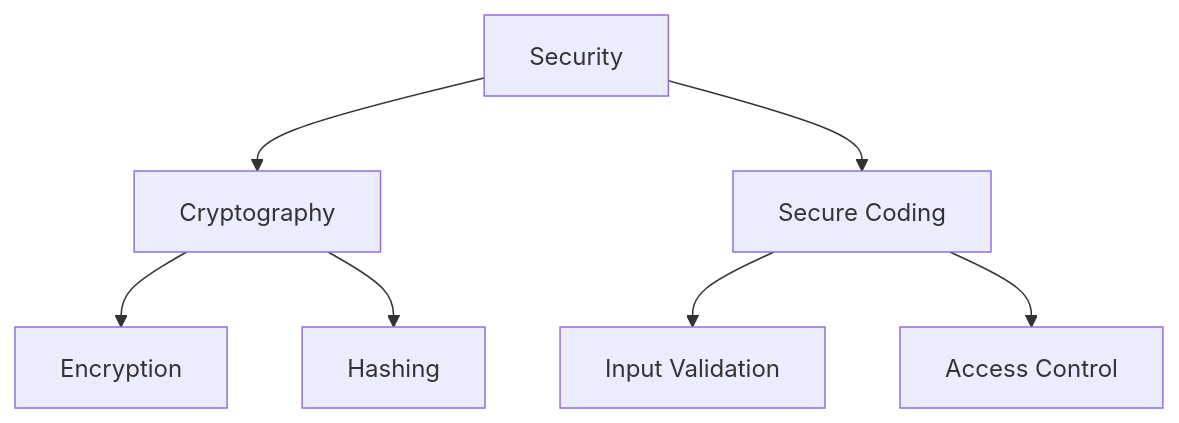
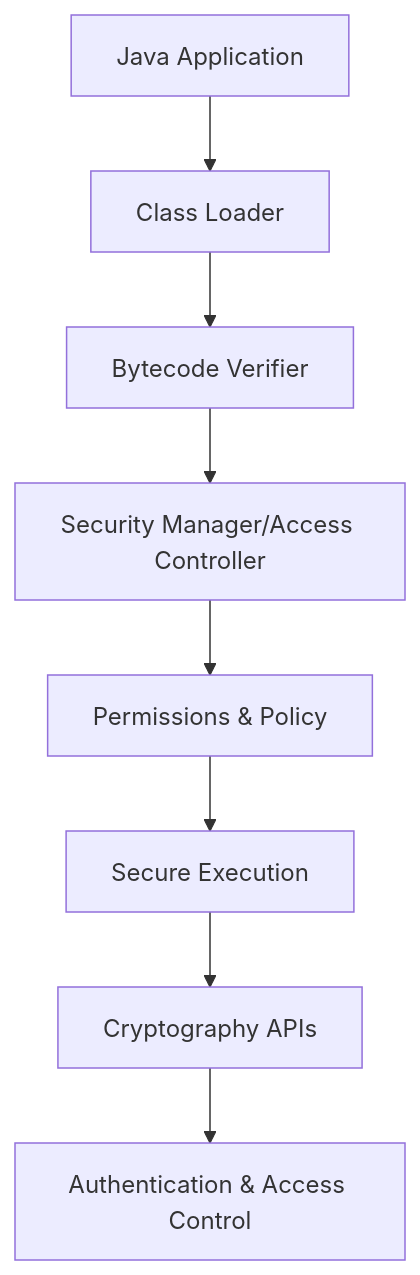
Before and after one commit to VrushankPatel/interview-matters: the diagram in java-security-basics/README.md, drawn with Mermaid. The commit also changed other lines of this file and 5 other files, not shown here.

Commit message:
kb: add/update topics Java Sealed Classes, Java Switch Expressions, Java Text Blocks, Java Security Basics, Java Testing Advanced

````diff
--- a/java-security-basics/README.md
+++ b/java-security-basics/README.md
@@ -33,9 +25,10 @@
 ```mermaid
 graph TD
-    A[Security] --> B[Cryptography]
-    A --> C[Secure Coding]
-    B --> D[Encryption]
-    B --> E[Hashing]
-    C --> F[Input Validation]
-    C --> G[Access Control]
+    A[Java Application] --> B[Class Loader]
+    B --> C[Bytecode Verifier]
+    C --> D[Security Manager/Access Controller]
+    D --> E[Permissions & Policy]
+    E --> F[Secure Execution]
+    F --> G[Cryptography APIs]
+    G --> H[Authentication & Access Control]
 ```
````
